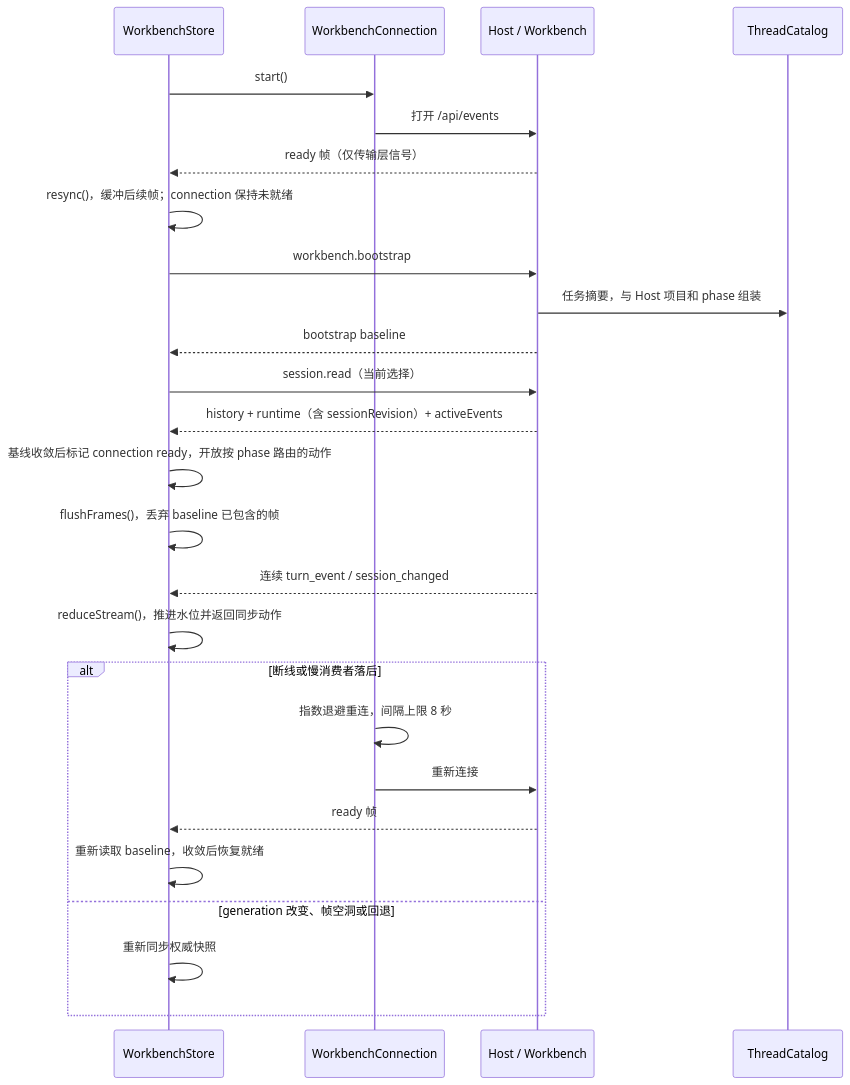
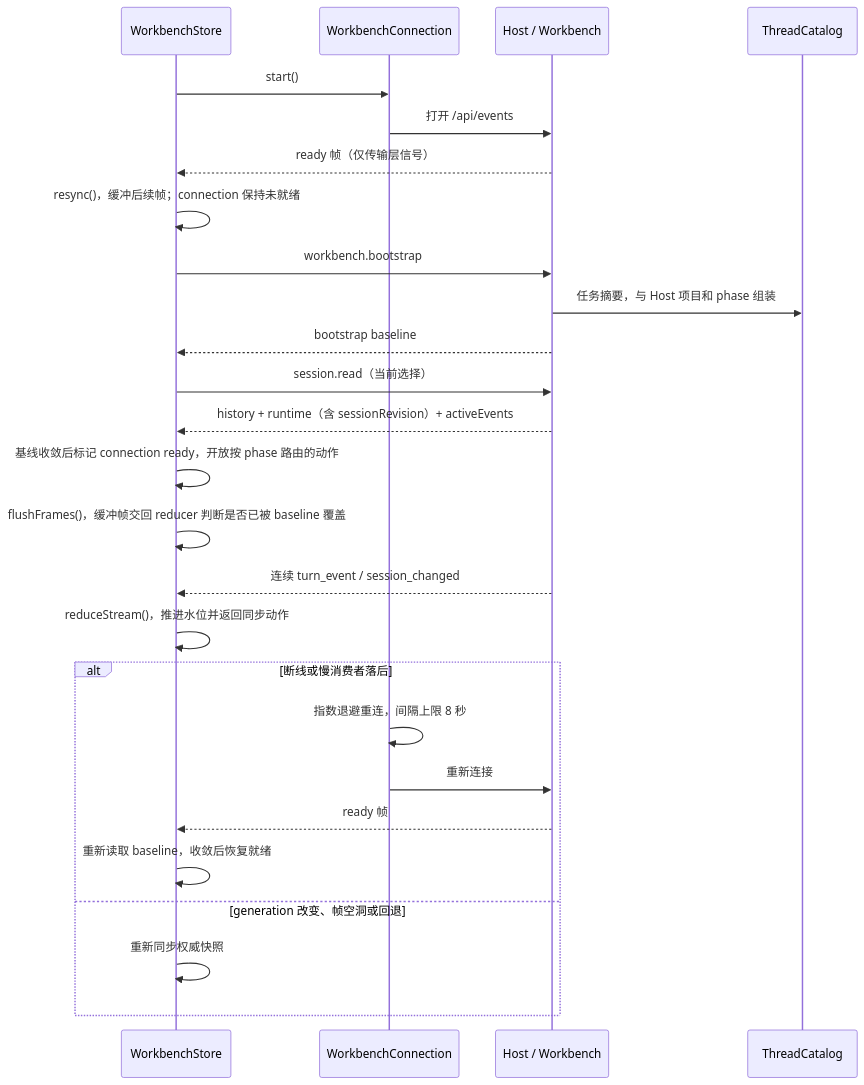
One commit to qjcnmd/singularity-agent changed the tenth of 29 diagrams in docs/singularity.md. Above: the diagram before and after it, drawn with Mermaid. The commit also changed other lines of this file and 52 other files, not shown here.

````diff
--- a/docs/singularity.md
+++ b/docs/singularity.md
@@ -265,28 +265,28 @@
 ```mermaid
 sequenceDiagram
     participant View as WorkbenchStore
     participant Conn as WorkbenchConnection
     participant Host as Host / Workbench
     participant Catalog as ThreadCatalog
     View->>Conn: start()
     Conn->>Host: 打开 /api/events
     Host-->>View: ready 帧（仅传输层信号）
     View->>View: resync()，缓冲后续帧；connection 保持未就绪
     View->>Host: workbench.bootstrap
     Host->>Catalog: 任务摘要，与 Host 项目和 phase 组装
     Host-->>View: bootstrap baseline
     View->>Host: session.read（当前选择）
     Host-->>View: history + runtime（含 sessionRevision）+ activeEvents
     View->>View: 基线收敛后标记 connection ready，开放按 phase 路由的动作
-    View->>View: flushFrames()，丢弃 baseline 已包含的帧
+    View->>View: flushFrames()，缓冲帧交回 reducer 判断是否已被 baseline 覆盖
     Host-->>View: 连续 turn_event / session_changed
     View->>View: reduceStream()，推进水位并返回同步动作
     alt 断线或慢消费者落后
         Conn->>Conn: 指数退避重连，间隔上限 8 秒
         Conn->>Host: 重新连接
         Host-->>View: ready 帧
         View->>View: 重新读取 baseline，收敛后恢复就绪
     else generation 改变、帧空洞或回退
         View->>View: 重新同步权威快照
     end
 ```
````
